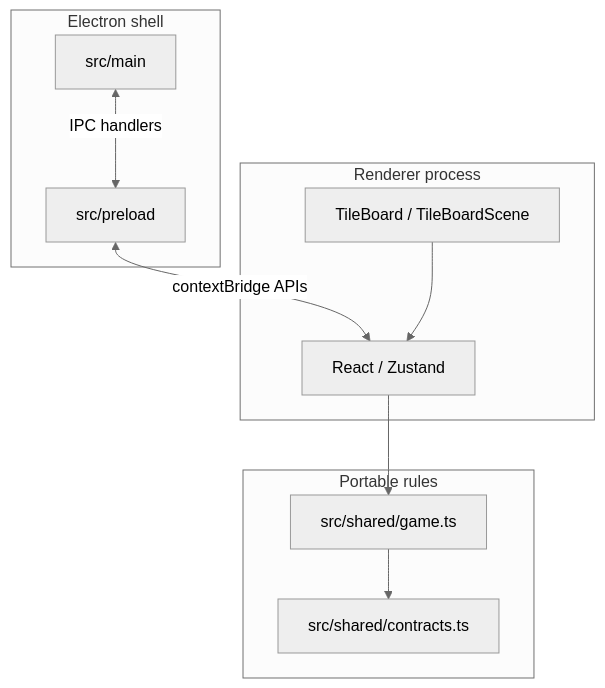
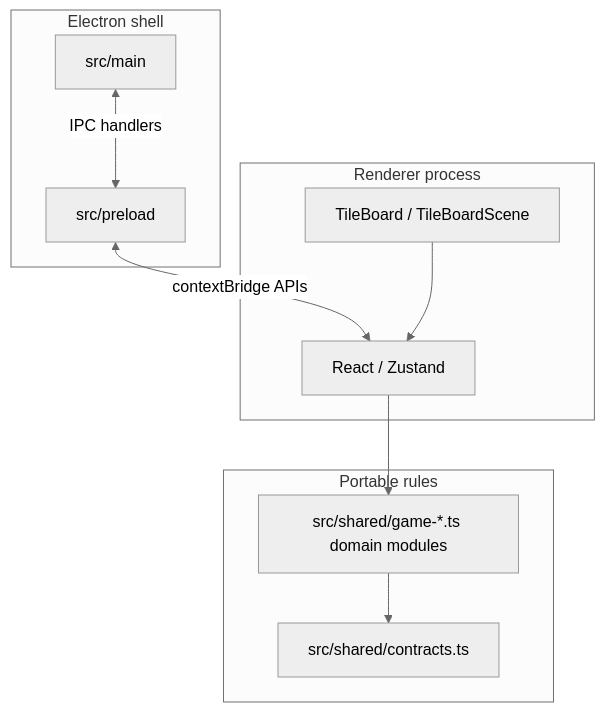
Before and after one commit to BorisThoris/my-first-react-native-game: the diagram in docs/internal-wiki/ARCHITECTURE.md, drawn with Mermaid (neutral theme). The commit also changed other lines of this file and 52 other files, not shown here.

````diff
--- a/docs/internal-wiki/ARCHITECTURE.md
+++ b/docs/internal-wiki/ARCHITECTURE.md
@@ -7,20 +7,20 @@
 ```mermaid
 flowchart TB
   subgraph shell [Electron shell]
     M[src/main]
     P[src/preload]
   end
   subgraph ui [Renderer process]
     R[React / Zustand]
     TB[TileBoard / TileBoardScene]
   end
   subgraph rules [Portable rules]
-    G[src/shared/game.ts]
+    G[src/shared/game-*.ts domain modules]
     C[src/shared/contracts.ts]
   end
   M <-- IPC handlers --> P
   P <-- contextBridge APIs --> R
   R --> G
   TB --> R
   G --> C
 ```
````
